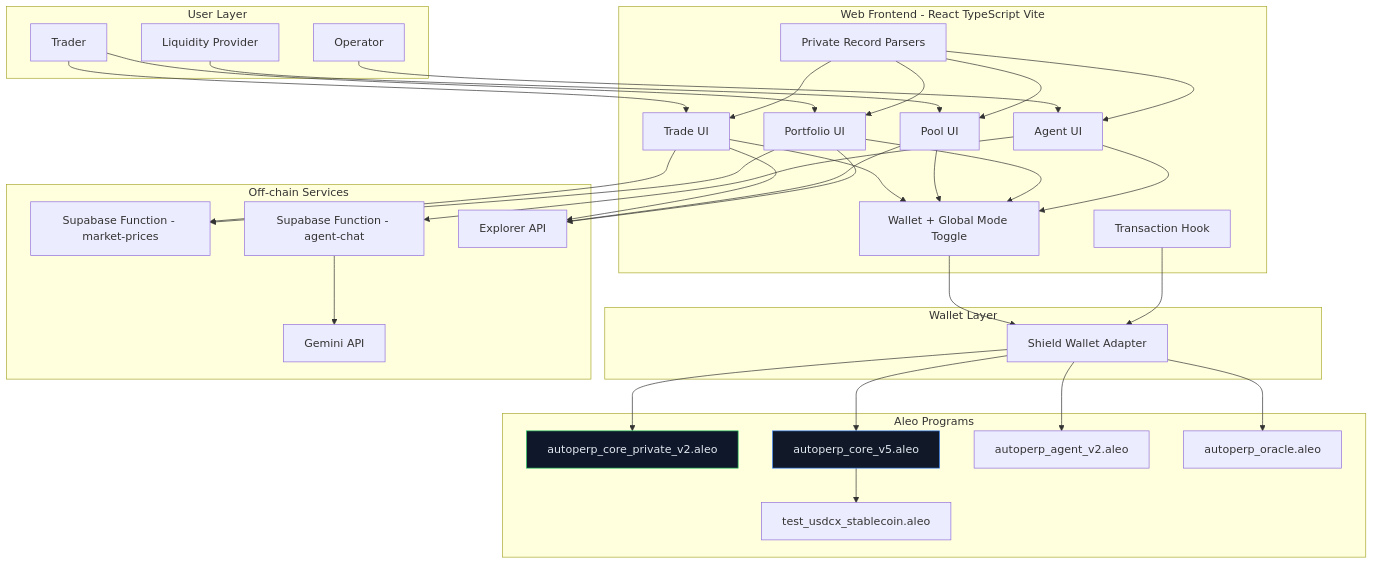
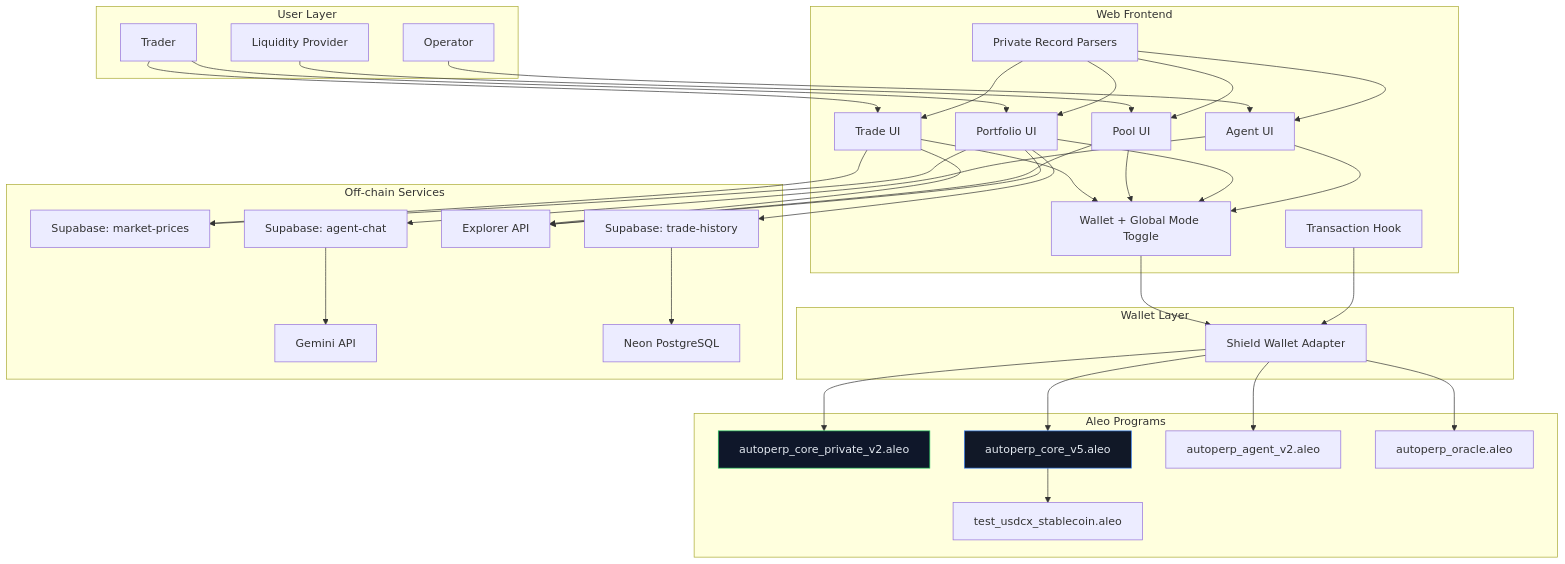
One commit to dinitheth/AutoPerp changed the diagram in README.md. Above: the diagram before and after it, drawn with Mermaid. The commit also changed other lines of this file, not shown here.

````diff
--- a/README.md
+++ b/README.md
@@ -107,76 +285,81 @@
 ```mermaid
 flowchart TB
-    subgraph UserLayer[User Layer]
-        U1[Trader]
-        U2[Liquidity Provider]
-        U3[Operator]
+    subgraph UserLayer["User Layer"]
+        U1["Trader"]
+        U2["Liquidity Provider"]
+        U3["Operator"]
     end
 
-    subgraph Frontend[Web Frontend - React TypeScript Vite]
-        F1[Trade UI]
-        F2[Pool UI]
-        F3[Portfolio UI]
-        F4[Agent UI]
-        F5[Wallet + Global Mode Toggle]
-        F6[Transaction Hook]
-        F7[Private Record Parsers]
+    subgraph Frontend["Web Frontend"]
+        F1["Trade UI"]
+        F2["Pool UI"]
+        F3["Portfolio UI"]
+        F4["Agent UI"]
+        F5["Wallet + Global Mode Toggle"]
+        F6["Transaction Hook"]
+        F7["Private Record Parsers"]
     end
 
-    subgraph Wallet[Wallet Layer]
-        W1[Shield Wallet Adapter]
+    subgraph Wallet["Wallet Layer"]
+        W1["Shield Wallet Adapter"]
     end
 
-    subgraph Chain[Aleo Programs]
-        C1[autoperp_core_private_v2.aleo]
-        C2[autoperp_core_v5.aleo]
-        C3[autoperp_agent_v2.aleo]
-        C4[autoperp_oracle.aleo]
-        C5[test_usdcx_stablecoin.aleo]
+    subgraph Chain["Aleo Programs"]
+        C1["autoperp_core_private_v2.aleo"]
+        C2["autoperp_core_v5.aleo"]
+        C3["autoperp_agent_v2.aleo"]
+        C4["autoperp_oracle.aleo"]
+        C5["test_usdcx_stablecoin.aleo"]
     end
 
-    subgraph DataServices[Off-chain Services]
-        S1[Supabase Function - market-prices]
-        S2[Supabase Function - agent-chat]
-        S3[Gemini API]
-        S4[Explorer API]
+    subgraph DataServices["Off-chain Services"]
+        S1["Supabase: market-prices"]
+        S2["Supabase: agent-chat"]
+        S3["Gemini API"]
+        S4["Explorer API"]
+        S5["Supabase: trade-history"]
+        S6["Neon PostgreSQL"]
     end
 
     U1 --> F1
     U1 --> F3
     U2 --> F2
     U3 --> F4
 
     F1 --> F5
     F2 --> F5
     F3 --> F5
     F4 --> F5
 
     F5 --> W1
     F6 --> W1
     F7 --> F1
     F7 --> F2
     F7 --> F3
     F7 --> F4
 
     W1 --> C1
     W1 --> C2
     W1 --> C3
     W1 --> C4
 
     C2 --> C5
 
     F4 --> S2
     S2 --> S3
 
     F1 --> S1
     F3 --> S1
 
     F1 --> S4
     F2 --> S4
     F3 --> S4
 
+    F3 --> S5
+    S5 --> S6
+
     classDef private fill:#0f172a,stroke:#22c55e,stroke-width:1px,color:#e2e8f0
     classDef hybrid fill:#111827,stroke:#3b82f6,stroke-width:1px,color:#e2e8f0
     class C1 private
     class C2 hybrid
 ```
````
